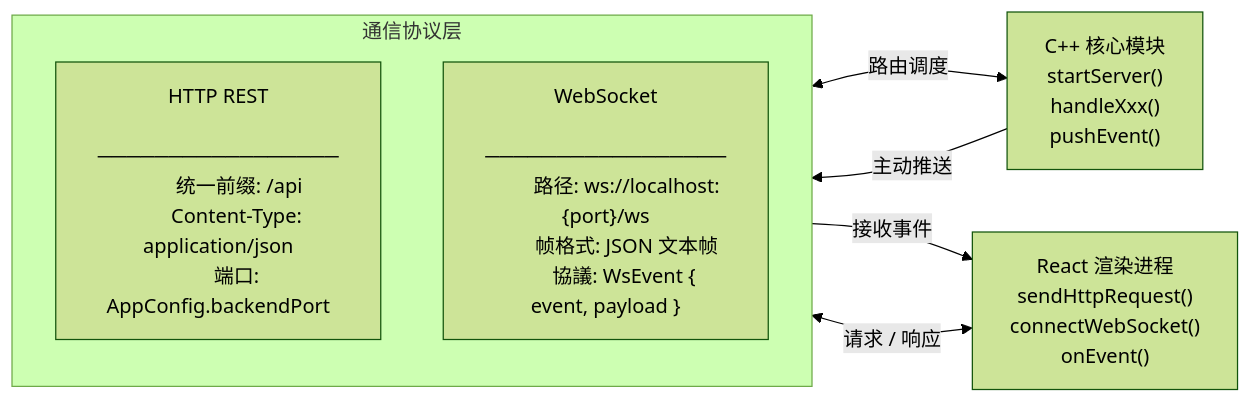
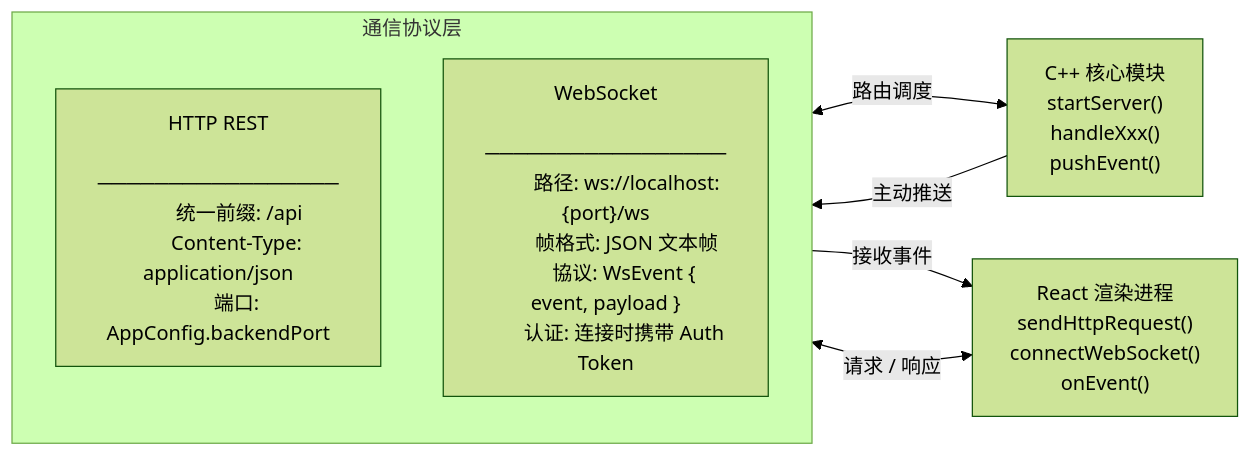
The first of 3 diagrams in docs/arch/ipc_protocol.md (MintITes/QuickMemes), drawn with Mermaid (forest theme) before and after one commit. The commit also changed other lines of this file and 8 other files, not shown here.

````diff
--- a/docs/arch/ipc_protocol.md
+++ b/docs/arch/ipc_protocol.md
@@ -36,31 +36,32 @@
 ```mermaid
 graph LR
     REACT["React 渲染进程
     sendHttpRequest()
     connectWebSocket()
     onEvent()"]
 
     subgraph PROTOCOL ["通信协议层"]
         direction TB
         HTTP["HTTP REST
         ─────────────────
         统一前缀: /api
         Content-Type: application/json
         端口: AppConfig.backendPort"]
         WS["WebSocket
         ─────────────────
         路径: ws://localhost:{port}/ws
         帧格式: JSON 文本帧
-        協議: WsEvent { event, payload }"]
+        協议: WsEvent { event, payload }
+        认证: 连接时携带 Auth Token"]
     end
 
     CORE["C++ 核心模块
     startServer()
     handleXxx()
     pushEvent()"]
 
     REACT <-->|"请求 / 响应"| HTTP
     HTTP <-->|"路由调度"| CORE
     CORE -->|"主动推送"| WS
     WS -->|"接收事件"| REACT
 ```
````
